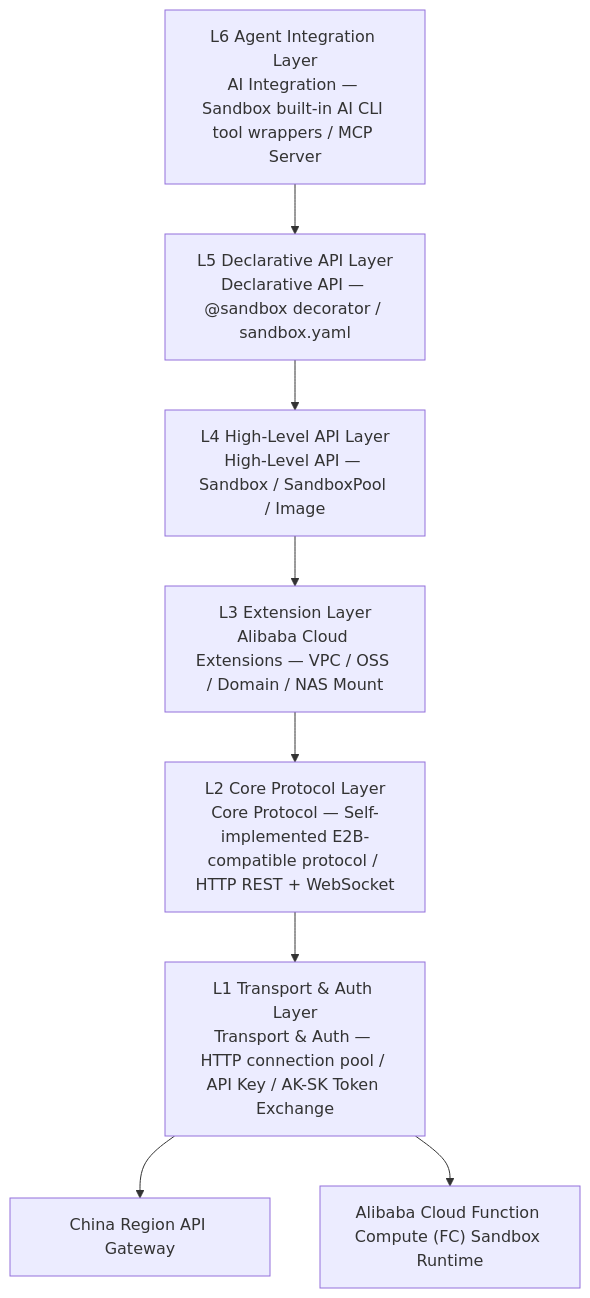
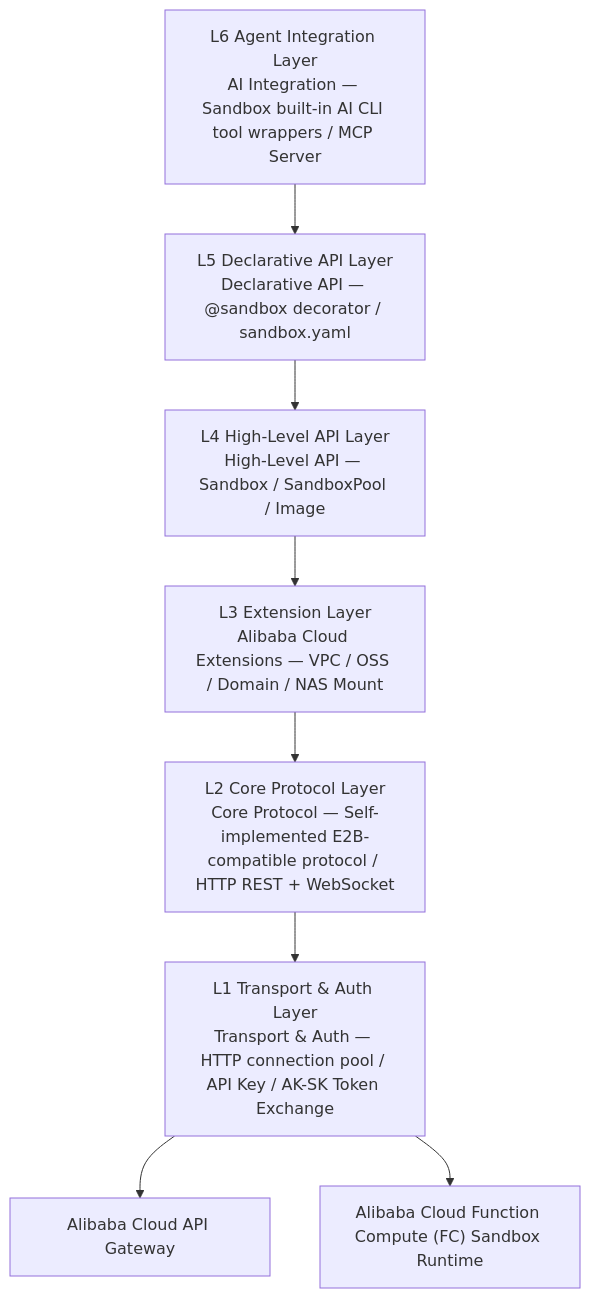
One commit to Easy-Sandbox/easy-sandbox changed the first of 2 diagrams in docs/en/design/architecture.md. Above: the diagram before and after it, drawn with Mermaid. The commit also changed other lines of this file and 357 other files, not shown here.

````diff
--- a/docs/en/design/architecture.md
+++ b/docs/en/design/architecture.md
@@ -9,19 +9,19 @@
 ```mermaid
 graph TD
     L6["L6 Agent Integration Layer<br/>AI Integration — Sandbox built-in AI CLI tool wrappers / MCP Server"]
     L5["L5 Declarative API Layer<br/>Declarative API — @sandbox decorator / sandbox.yaml"]
     L4["L4 High-Level API Layer<br/>High-Level API — Sandbox / SandboxPool / Image"]
     L3["L3 Extension Layer<br/>Alibaba Cloud Extensions — VPC / OSS / Domain / NAS Mount"]
     L2["L2 Core Protocol Layer<br/>Core Protocol — Self-implemented E2B-compatible protocol / HTTP REST + WebSocket"]
     L1["L1 Transport & Auth Layer<br/>Transport & Auth — HTTP connection pool / API Key / AK-SK Token Exchange"]
-    GW["China Region API Gateway"]
+    GW["Alibaba Cloud API Gateway"]
     FC["Alibaba Cloud Function Compute (FC) Sandbox Runtime"]
 
     L6 --> L5
     L5 --> L4
     L4 --> L3
     L3 --> L2
     L2 --> L1
     L1 --> GW
     L1 --> FC
 ```
````
